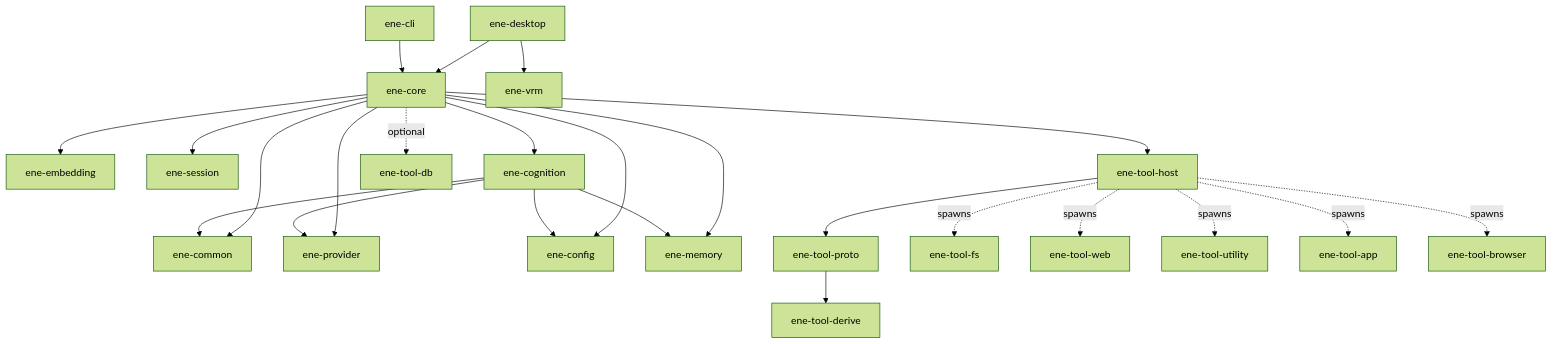
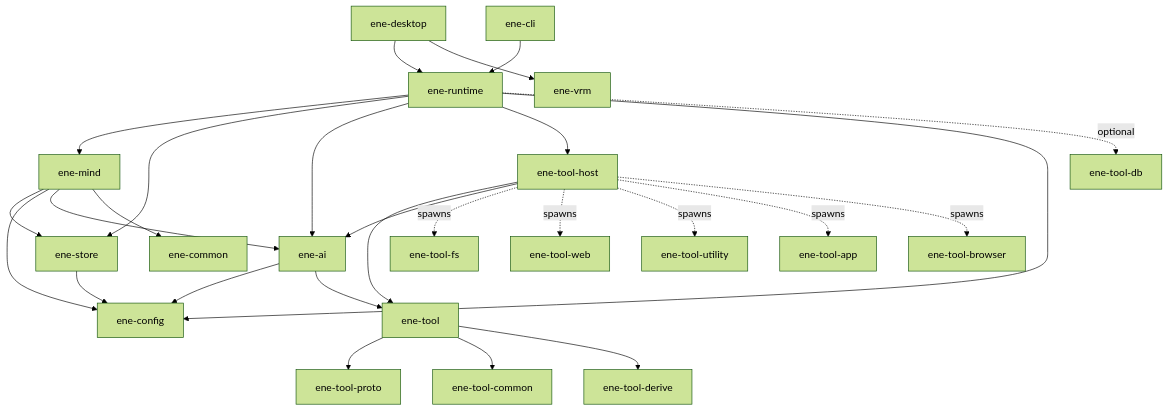
The diagram in docs/api/index.md (pexisgle/ene), drawn with Mermaid (forest theme) before and after one commit. The commit also changed other lines of this file and 25 other files, not shown here.

````diff
--- a/docs/api/index.md
+++ b/docs/api/index.md
@@ -35,30 +46,34 @@
 ```mermaid
 flowchart TD
-  Desktop[ene-desktop] --> Core[ene-core]
+  Desktop[ene-desktop] --> Runtime[ene-runtime]
   Desktop --> Vrm[ene-vrm]
-  CLI[ene-cli] --> Core
+  CLI[ene-cli] --> Runtime
 
-  Core --> Common[ene-common]
-  Core --> Provider[ene-provider]
-  Core --> Config[ene-config]
-  Core --> Embed[ene-embedding]
-  Core --> Memory[ene-memory]
-  Core --> Session[ene-session]
-  Core --> Cognition[ene-cognition]
-  Core --> ToolHost[ene-tool-host]
-  Core -.optional.-> ToolDb[ene-tool-db]
+  Runtime --> Mind[ene-mind]
+  Runtime --> Store[ene-store]
+  Runtime --> Ai[ene-ai]
+  Runtime --> ToolHost[ene-tool-host]
+  Runtime --> Config[ene-config]
+  Runtime -.optional.-> ToolDb[ene-tool-db]
 
-  Cognition --> Memory
-  Cognition --> Config
-  Cognition --> Provider
-  Cognition --> Common
+  Mind --> Store
+  Mind --> Config
+  Mind --> Ai
+  Mind --> Common[ene-common]
 
-  ToolHost --> Proto[ene-tool-proto]
-  Proto --> Derive[ene-tool-derive]
+  ToolHost --> Tool[ene-tool]
+  ToolHost --> Ai
+  Ai --> Config
+  Ai --> Tool
+  Store --> Config
+
+  Tool --> Proto[ene-tool-proto]
+  Tool --> CommonTool[ene-tool-common]
+  Tool --> Derive[ene-tool-derive]
 
   ToolHost -.spawns.-> ToolFs[ene-tool-fs]
   ToolHost -.spawns.-> ToolWeb[ene-tool-web]
   ToolHost -.spawns.-> ToolUtil[ene-tool-utility]
   ToolHost -.spawns.-> ToolApp[ene-tool-app]
   ToolHost -.spawns.-> ToolBrowser[ene-tool-browser]
 ```
````
